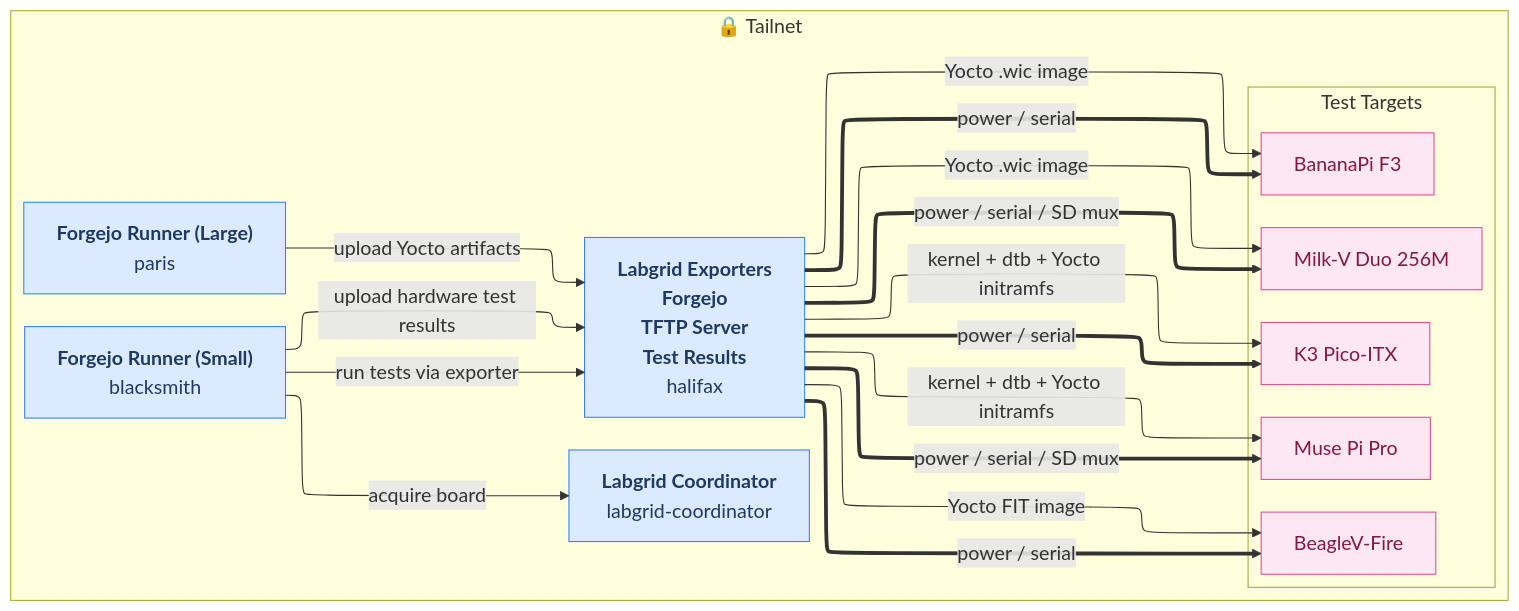
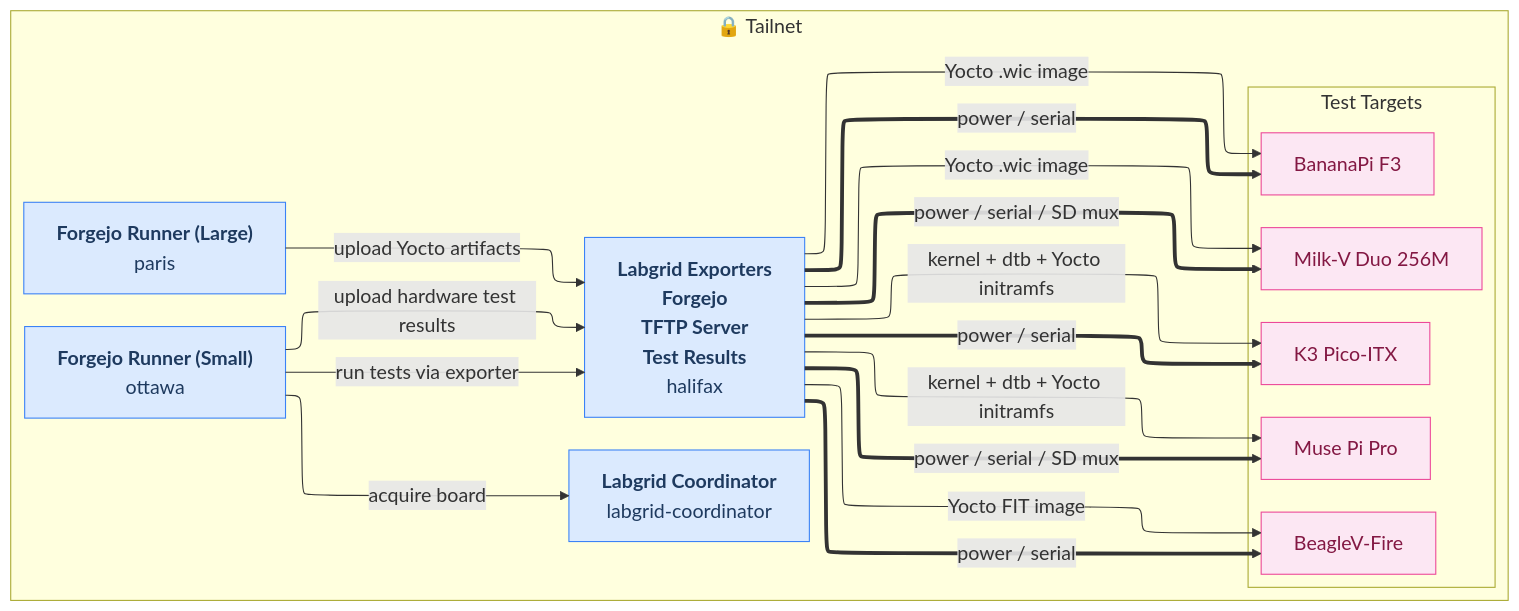
Before and after one commit to threexc/boardgarden: the diagram in docs/network.mmd, drawn with Mermaid. The commit also changed 3 other files, not shown here.

Commit message:
docs: update small runner name to 'ottawa'

```diff
--- a/docs/network.mmd
+++ b/docs/network.mmd
@@ -1,40 +1,40 @@
 %%{init: {"theme": "default", "flowchart": {"htmlLabels": true, "nodeSpacing": 30, "rankSpacing": 60, "defaultRenderer": "elk"}, "themeVariables": {"fontSize": "18px", "fontFamily": "Liberation Sans"}} }%%
 flowchart LR
   subgraph tailnet["🔒 Tailnet"]
     halifax["<b>Labgrid Exporters</b><br/><b>Forgejo</b><br/><b>TFTP Server</b><br/><b>Test Results</b><br/>halifax"]
     coordinator["<b>Labgrid Coordinator</b><br/>labgrid-coordinator"]
     runner1["<b>Forgejo Runner (Large)</b><br/>paris"]
-    runner2["<b>Forgejo Runner (Small)</b><br/>blacksmith"]
+    runner2["<b>Forgejo Runner (Small)</b><br/>ottawa"]
     subgraph boards["Test Targets"]
       direction TB
       board_1["BananaPi F3"]
       board_2["Muse Pi Pro"]
       board_3["Milk-V Duo 256M"]
       board_4["K3 Pico-ITX"]
       board_5["BeagleV-Fire"]
     end
   end
 
   %% ── Hosted-on relationships ──
 
   %% ── Links ──
   halifax ==>|"power / serial"| board_1
   halifax ==>|"power / serial / SD mux"| board_2
   halifax ==>|"power / serial / SD mux"| board_3
   halifax ==>|"power / serial"| board_4
   halifax ==>|"power / serial"| board_5
   runner1 -->|"upload Yocto artifacts"| halifax
   runner2 -->|"acquire board"| coordinator
   runner2 -->|"run tests via exporter"| halifax
   runner2 -->|"upload hardware test results"| halifax
   halifax -->|"Yocto .wic image"| board_1
   halifax -->|"kernel + dtb + Yocto initramfs"| board_2
   halifax -->|"Yocto .wic image"| board_3
   halifax -->|"kernel + dtb + Yocto initramfs"| board_4
   halifax -->|"Yocto FIT image"| board_5
 
   %% ── Styles ──
   classDef machine fill:#dbeafe,stroke:#3b82f6,color:#1e3a5f
   class halifax,coordinator,runner1,runner2 machine
   classDef board fill:#fce7f3,stroke:#ec4899,color:#831843
   class board_1,board_2,board_3,board_4,board_5 board
```
